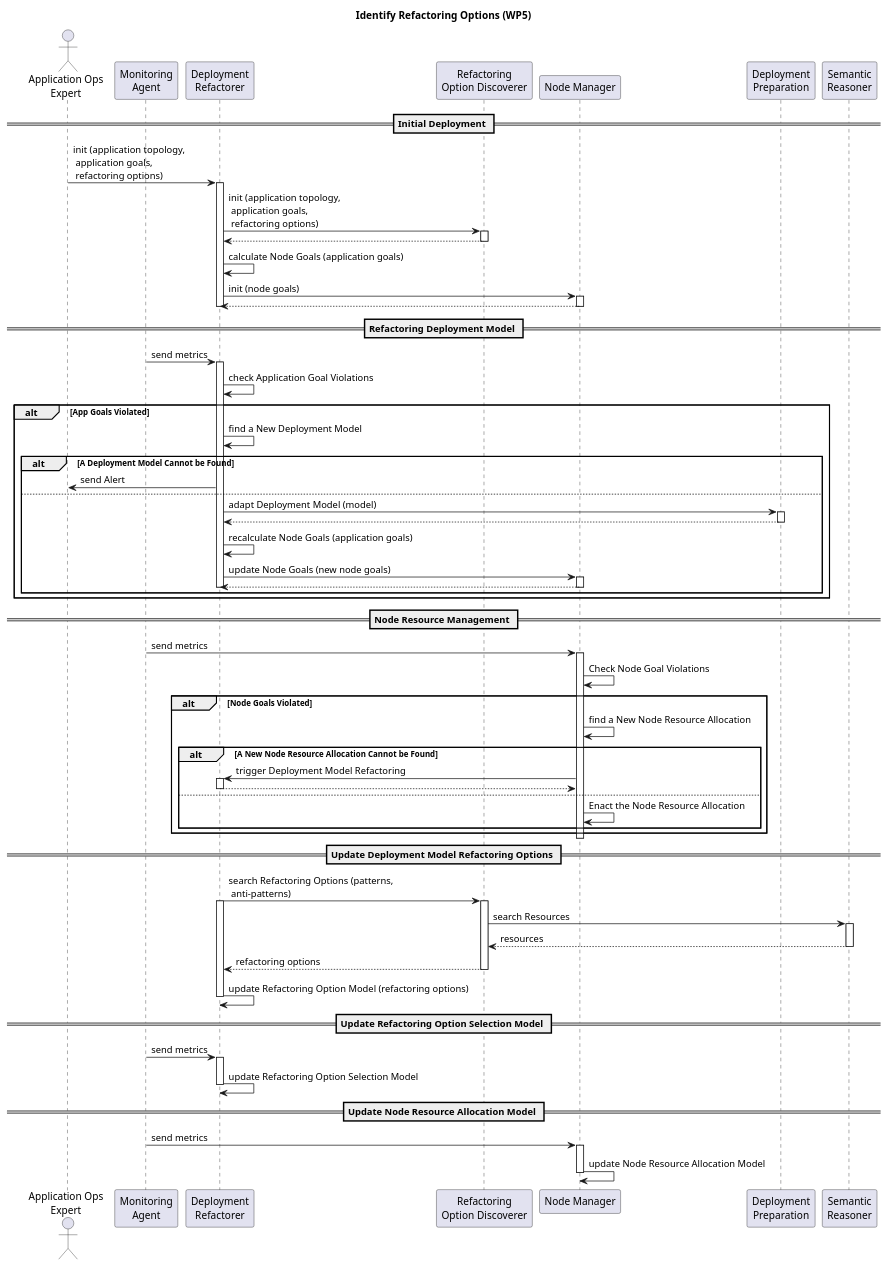
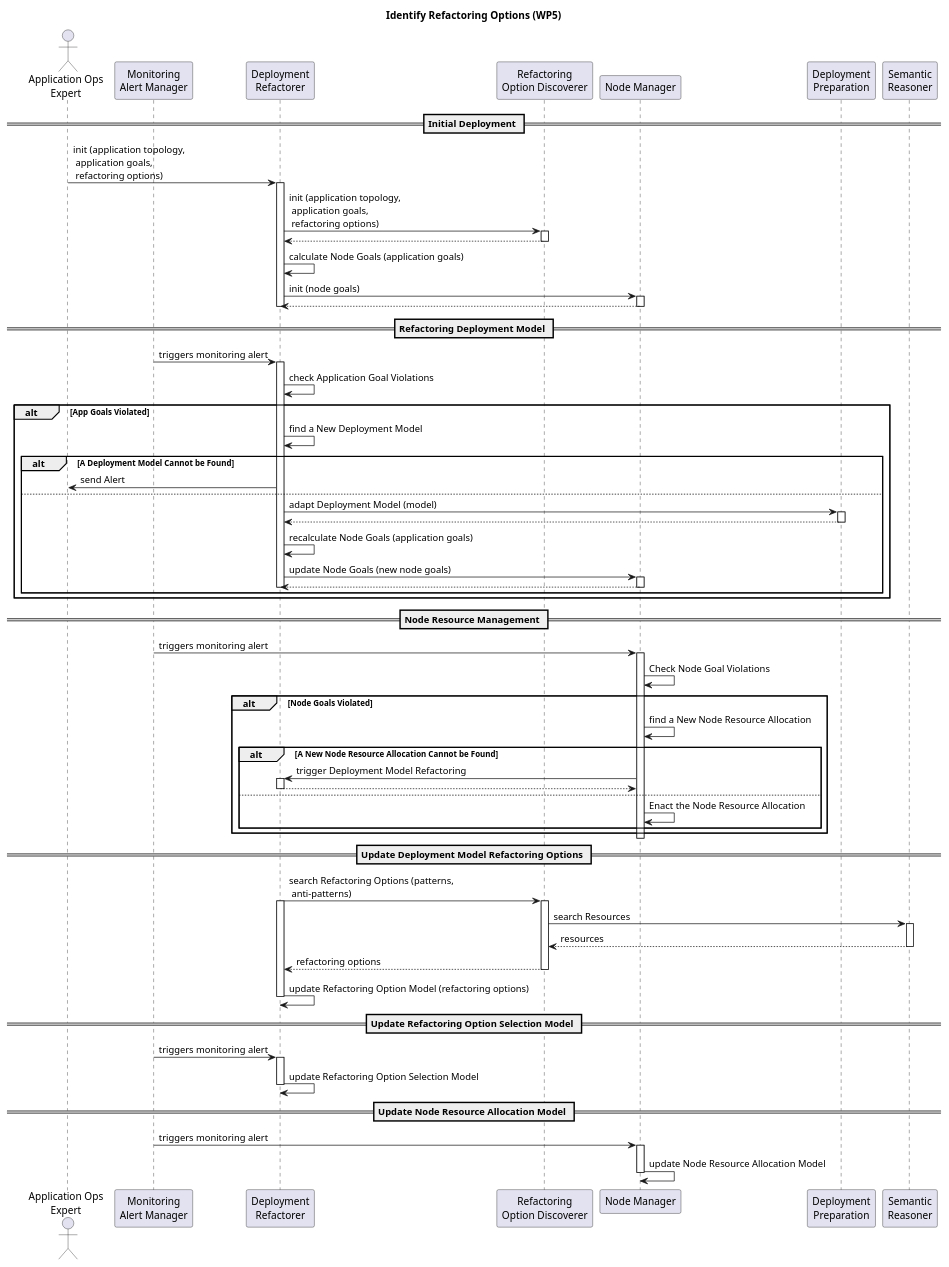
Before and after one commit to SODALITE-EU/project-wide-documentation: the diagram in uml/sequence-diagrams/UC-09-IdentifyRefactoringOptions-WP5.puml, drawn with PlantUML. The commit also changed 6 other files, not shown here.

Commit message:
WP5 architecture and related UC updates from Atos

```diff
--- a/uml/sequence-diagrams/UC-09-IdentifyRefactoringOptions-WP5.puml
+++ b/uml/sequence-diagrams/UC-09-IdentifyRefactoringOptions-WP5.puml
@@ -1,96 +1,96 @@
 @startuml
 
 title Identify Refactoring Options (WP5)
 
 actor "Application Ops\nExpert" as ops
-participant “Monitoring\nAgent” as ma
+participant “Monitoring\nAlert Manager” as ma
 participant “Deployment\nRefactorer” as dr
 participant “Refactoring\nOption Discoverer” as rof
 participant “Node Manager” as nm
 participant “Deployment\nPreparation” as orch
 participant "Semantic\nReasoner" as reasoner
 
 == Initial Deployment ==
 
 ops -> dr: init (application topology,\n application goals,\n refactoring options)
 activate dr
 dr -> rof: init (application topology,\n application goals,\n refactoring options)
 activate rof
 rof --> dr
 deactivate rof
 dr -> dr: calculate Node Goals (application goals)
 dr -> nm: init (node goals)
 activate nm
 nm --> dr
 deactivate nm
 deactivate dr
 
 == Refactoring Deployment Model ==
-ma-> dr: send metrics
+ma-> dr: triggers monitoring alert
 activate dr
 dr -> dr : check Application Goal Violations
 alt App Goals Violated
 dr -> dr: find a New Deployment Model
    alt A Deployment Model Cannot be Found
        dr -> ops: send Alert
    else
        'dr-> dr: generate Adaptation Plan (\ncurrent model, new model)
        dr -> orch: adapt Deployment Model (model)
        activate orch
        'orch->orch: enact Adaptation Plan
        orch --> dr
        deactivate orch
        dr -> dr: recalculate Node Goals (application goals)
        dr -> nm: update Node Goals (new node goals)
        activate nm
        nm --> dr
        deactivate nm
        deactivate dr
    end
 end
 
 == Node Resource Management ==
 
-ma-> nm: send metrics
+ma-> nm: triggers monitoring alert
 activate nm
 nm -> nm : Check Node Goal Violations
 alt Node Goals Violated
 nm -> nm: find a New Node Resource Allocation
    alt  A New Node Resource Allocation Cannot be Found
        nm -> dr: trigger Deployment Model Refactoring
        activate dr
        dr --> nm:
        deactivate dr
    else
        nm -> nm: Enact the Node Resource Allocation
    end
 end
 deactivate nm
 
 == Update Deployment Model Refactoring Options ==
 
 dr -> rof: search Refactoring Options (patterns,\n anti-patterns)
 activate dr
 activate rof
 rof -> reasoner: search Resources
 activate reasoner
 reasoner --> rof: resources
 deactivate reasoner
 rof --> dr:  refactoring options
 deactivate rof
 dr -> dr: update Refactoring Option Model (refactoring options)
 deactivate dr
 
 == Update Refactoring Option Selection Model ==
-ma-> dr: send metrics
+ma-> dr: triggers monitoring alert
 activate dr
 dr -> dr: update Refactoring Option Selection Model
 
 deactivate dr
 
 == Update Node Resource Allocation Model ==
-ma-> nm: send metrics
+ma-> nm: triggers monitoring alert
 activate nm
 nm -> nm: update Node Resource Allocation Model
 deactivate nm
 @enduml
```
